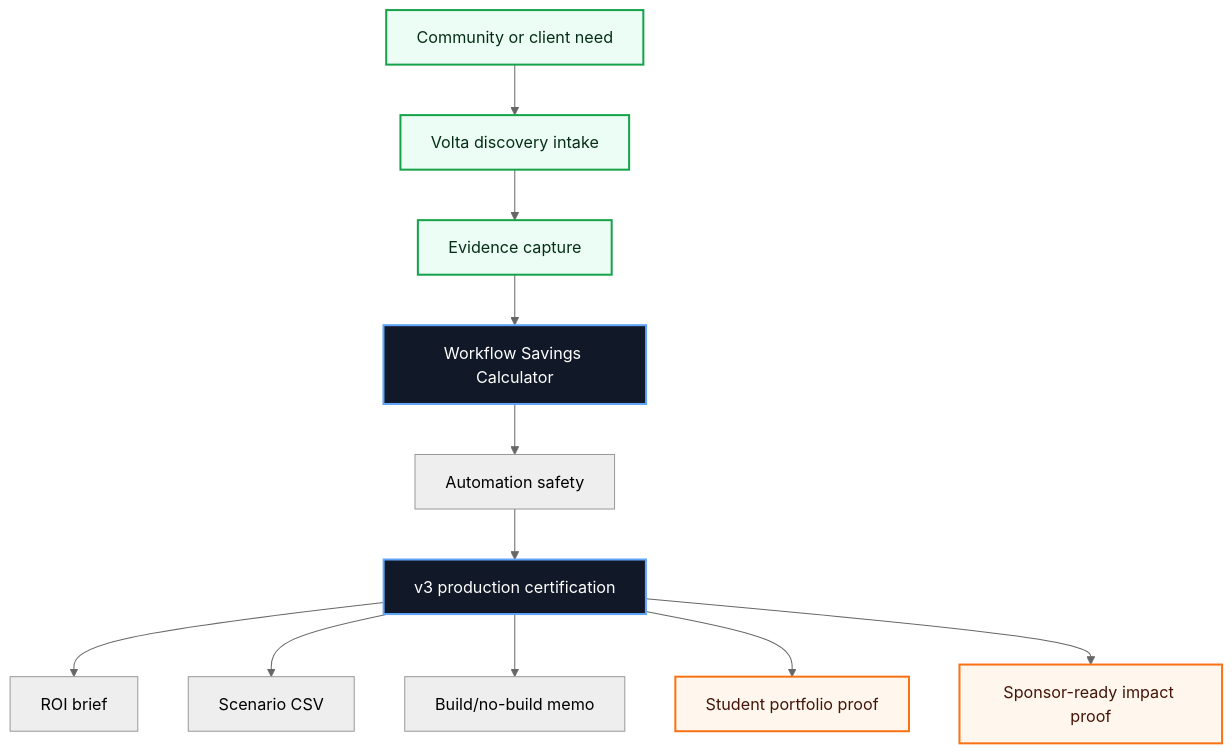
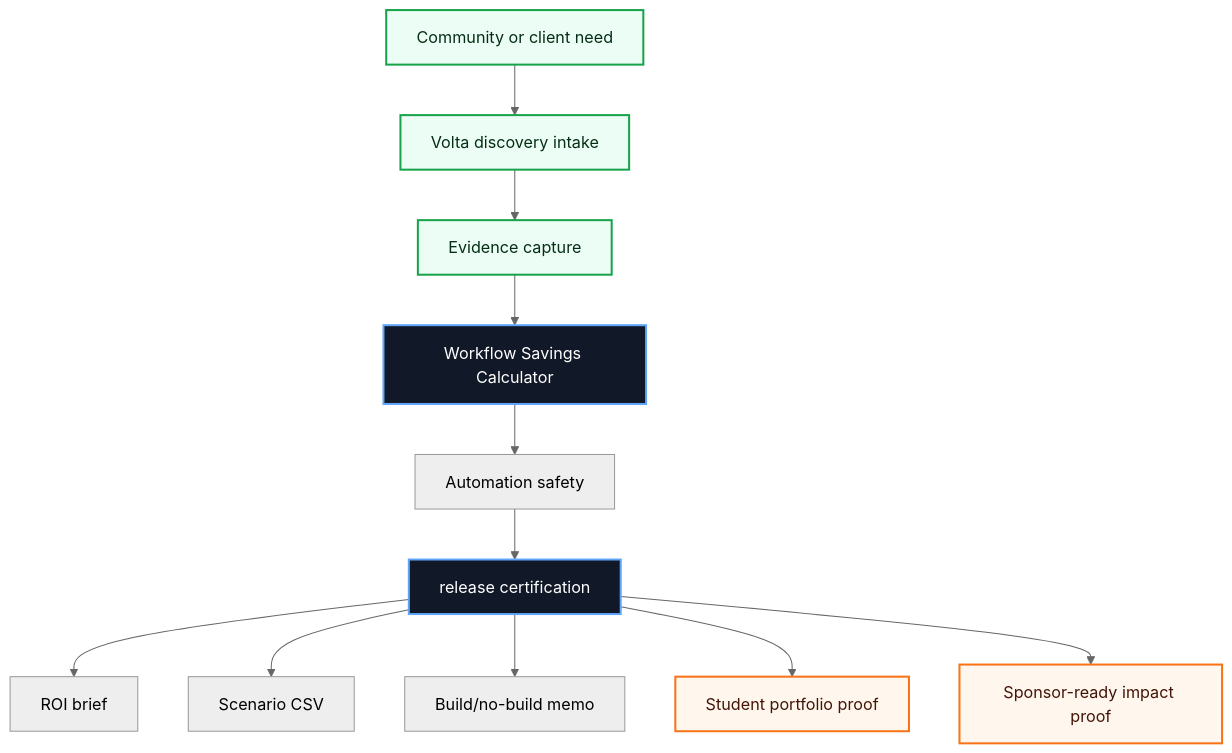
The first of 3 diagrams in README.md (volta-npo/workflow-savings-calculator), drawn with Mermaid (neutral theme) before and after one commit. The commit also changed other lines of this file and 28 other files, not shown here.

````diff
--- a/README.md
+++ b/README.md
@@ -43,20 +43,20 @@
 ```mermaid
 flowchart TD
     Need["Community or client need"] --> Intake["Volta discovery intake"]
     Intake --> Evidence["Evidence capture"]
     Evidence --> Workbench["Workflow Savings Calculator"]
     Workbench --> Score["Automation safety"]
-    Score --> Cert["v3 production certification"]
+    Score --> Cert["release certification"]
     Cert --> A1["ROI brief"]
     Cert --> A2["Scenario CSV"]
     Cert --> A3["Build/no-build memo"]
     Cert --> Student["Student portfolio proof"]
     Cert --> Sponsor["Sponsor-ready impact proof"]
 
     classDef volta fill:#111827,stroke:#60a5fa,color:#ffffff,stroke-width:2px;
     classDef equity fill:#ecfdf5,stroke:#16a34a,color:#052e16,stroke-width:2px;
     classDef proof fill:#fff7ed,stroke:#f97316,color:#431407,stroke-width:2px;
     class Workbench,Cert volta;
     class Need,Intake,Evidence equity;
     class Student,Sponsor proof;
 ```
````
